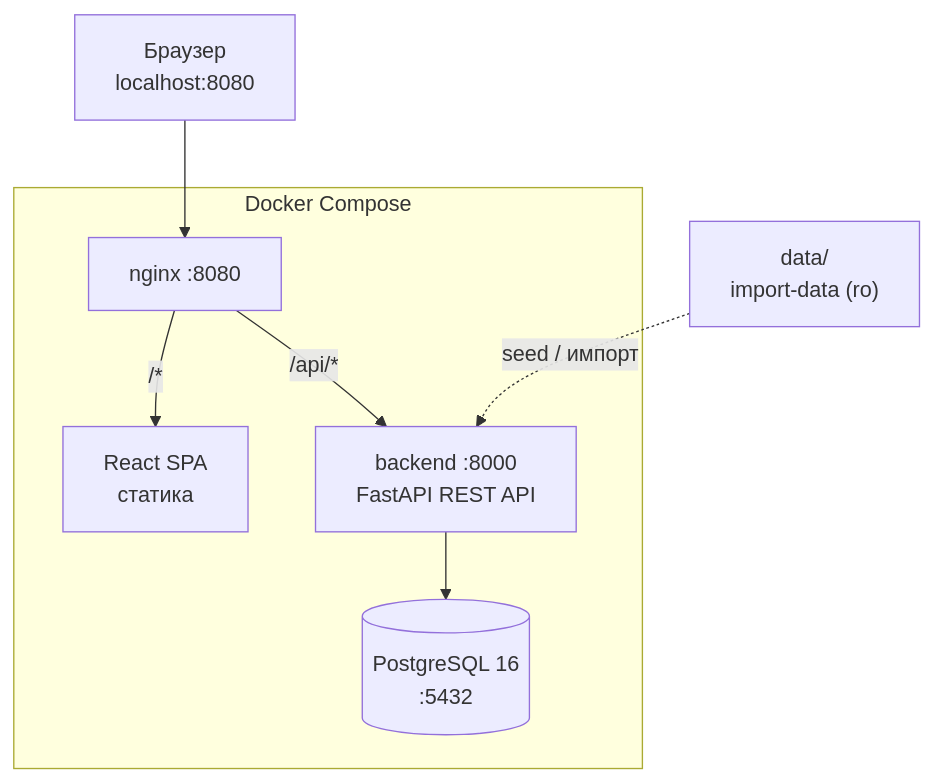
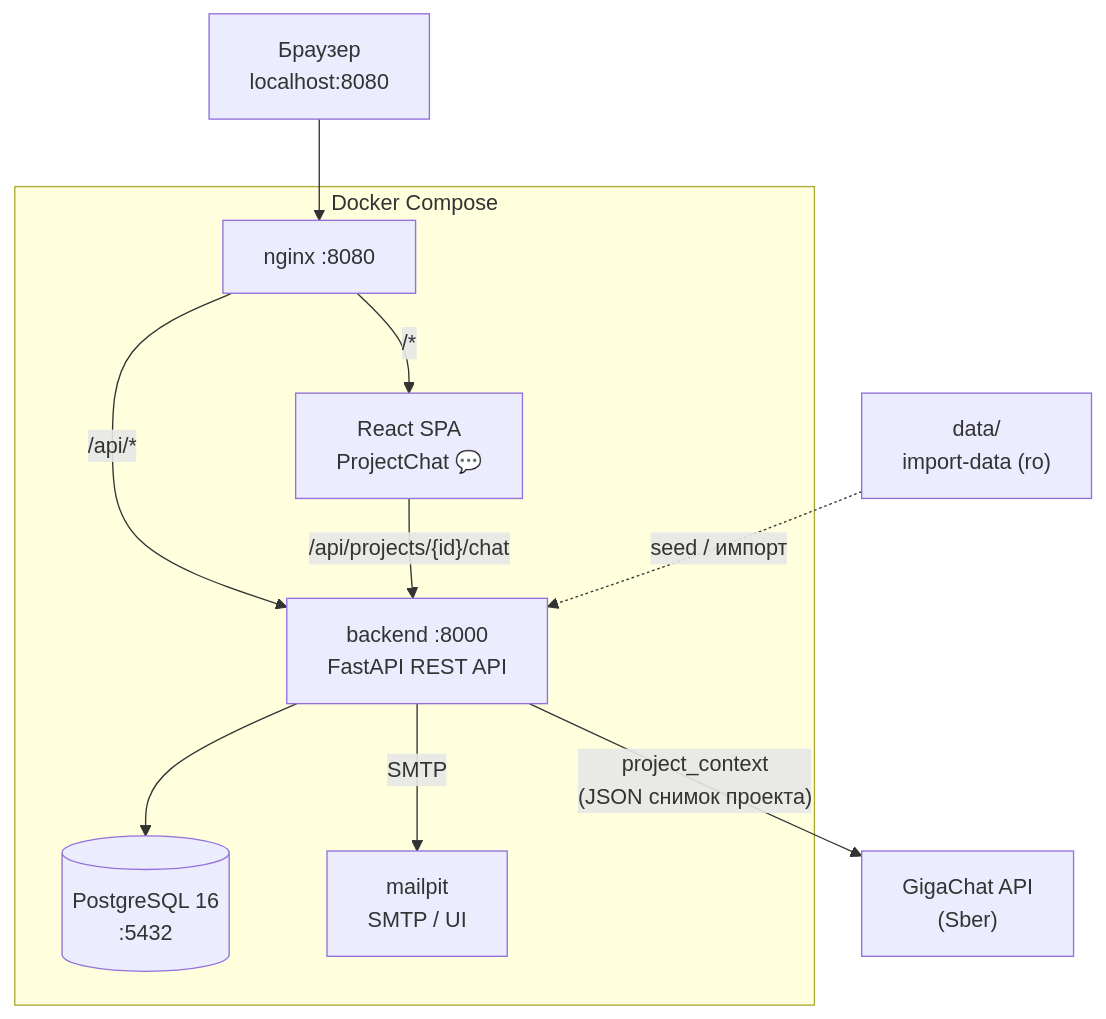
One commit to Xpehutta/ProjectRoadmapAI changed the diagram in README.md. Above: the diagram before and after it, drawn with Mermaid. The commit also changed other lines of this file, not shown here.

First line of the commit message:
Document GigaChat AI agent in the architecture section of README.

````diff
--- a/README.md
+++ b/README.md
@@ -95,19 +97,25 @@
 ```mermaid
 flowchart TB
   Browser["Браузер\nlocalhost:8080"]
 
   subgraph compose ["Docker Compose"]
     Nginx["nginx :8080"]
-    SPA["React SPA\nстатика"]
+    SPA["React SPA\nProjectChat 💬"]
     Backend["backend :8000\nFastAPI REST API"]
     DB[("PostgreSQL 16\n:5432")]
+    Mailpit["mailpit\nSMTP / UI"]
   end
+
+  GigaChat["GigaChat API\n(Sber)"]
 
   Data["data/\nimport-data (ro)"]
 
   Browser --> Nginx
   Nginx -->|"/api/*"| Backend
   Nginx -->|"/*"| SPA
+  SPA -->|"/api/projects/{id}/chat"| Backend
   Backend --> DB
+  Backend -->|"project_context\n(JSON снимок проекта)"| GigaChat
+  Backend -->|"SMTP"| Mailpit
   Data -.->|seed / импорт| Backend
 ```
````
